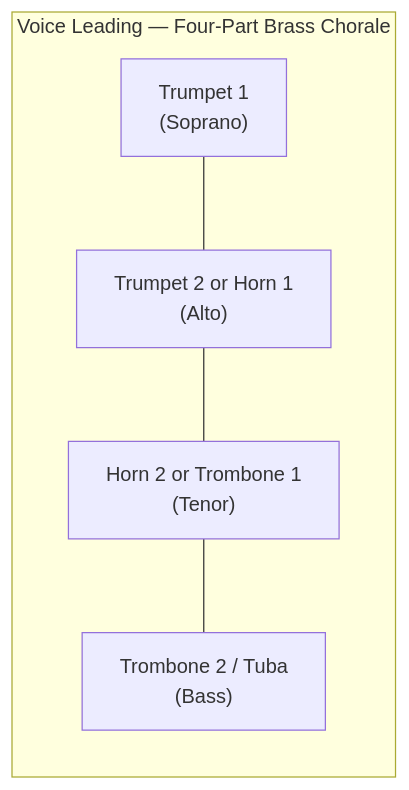
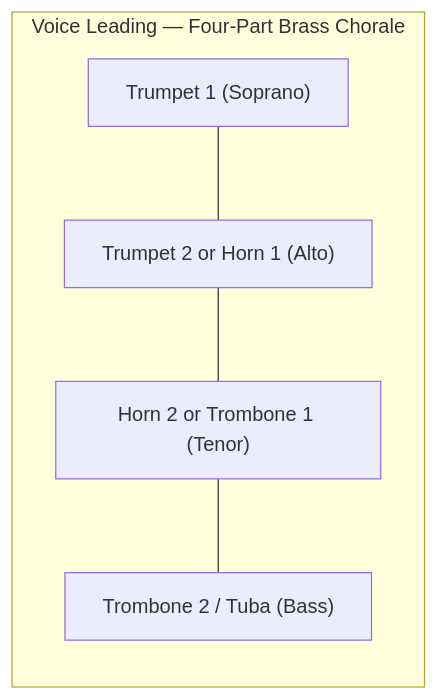
Before and after one commit to blebleblee/synapse: the sixth of 8 diagrams in topics/arts/composition/orchestration/lesson_03_instrument_specific_techniques.md, drawn with Mermaid. The commit also changed other lines of this file and 4 other files, not shown here.

````diff
--- a/topics/arts/composition/orchestration/lesson_03_instrument_specific_techniques.md
+++ b/topics/arts/composition/orchestration/lesson_03_instrument_specific_techniques.md
@@ -282,11 +383,10 @@
 ```mermaid
 graph LR
-    subgraph sub_voice_leading___four_part_brass ["Voice Leading — Four-Part Brass Chorale"]
-        S["Trumpet 1\n(Soprano)"]
-        A["Trumpet 2 or Horn 1\n(Alto)"]
-        T["Horn 2 or Trombone 1\n(Tenor)"]
-        B["Trombone 2 / Tuba\n(Bass)"]
+    subgraph sub_voice_leading_brass ["Voice Leading — Four-Part Brass Chorale"]
+        S["Trumpet 1 (Soprano)"]
+        A["Trumpet 2 or Horn 1 (Alto)"]
+        T["Horn 2 or Trombone 1 (Tenor)"]
+        B["Trombone 2 / Tuba (Bass)"]
     end
-
     S --- A --- T --- B
 ```
````
